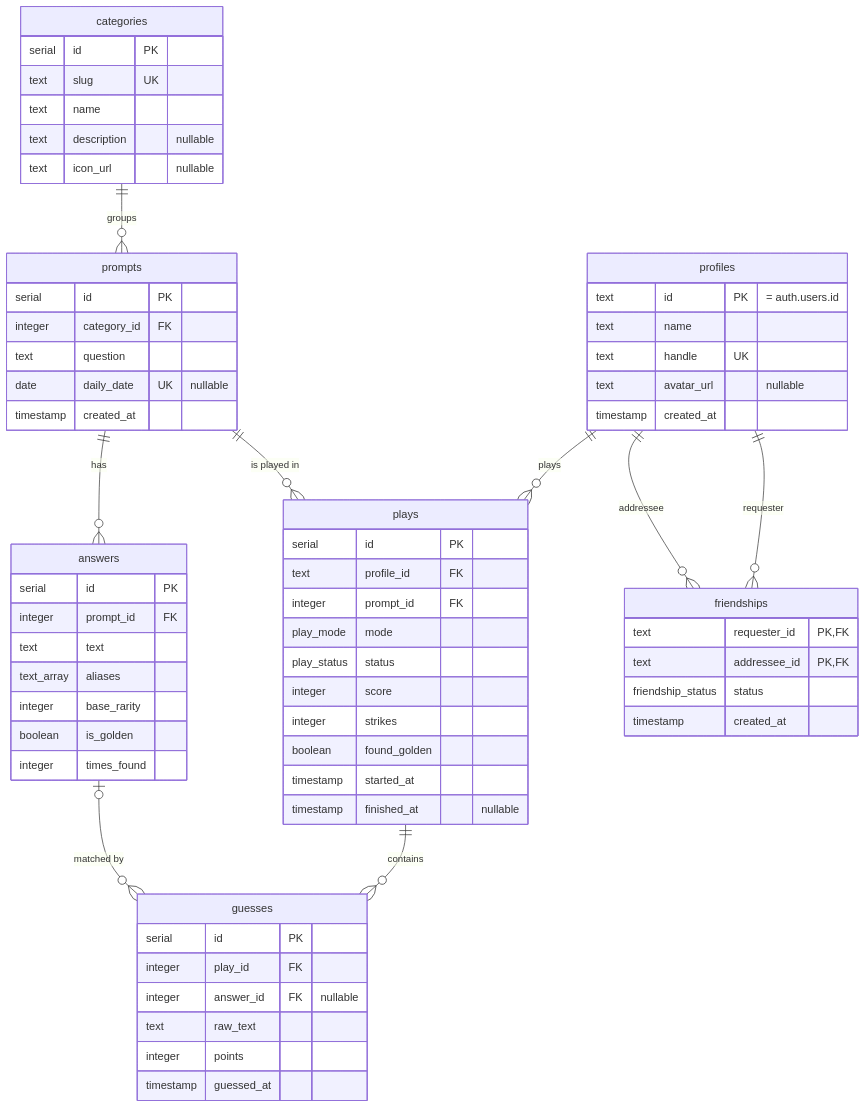
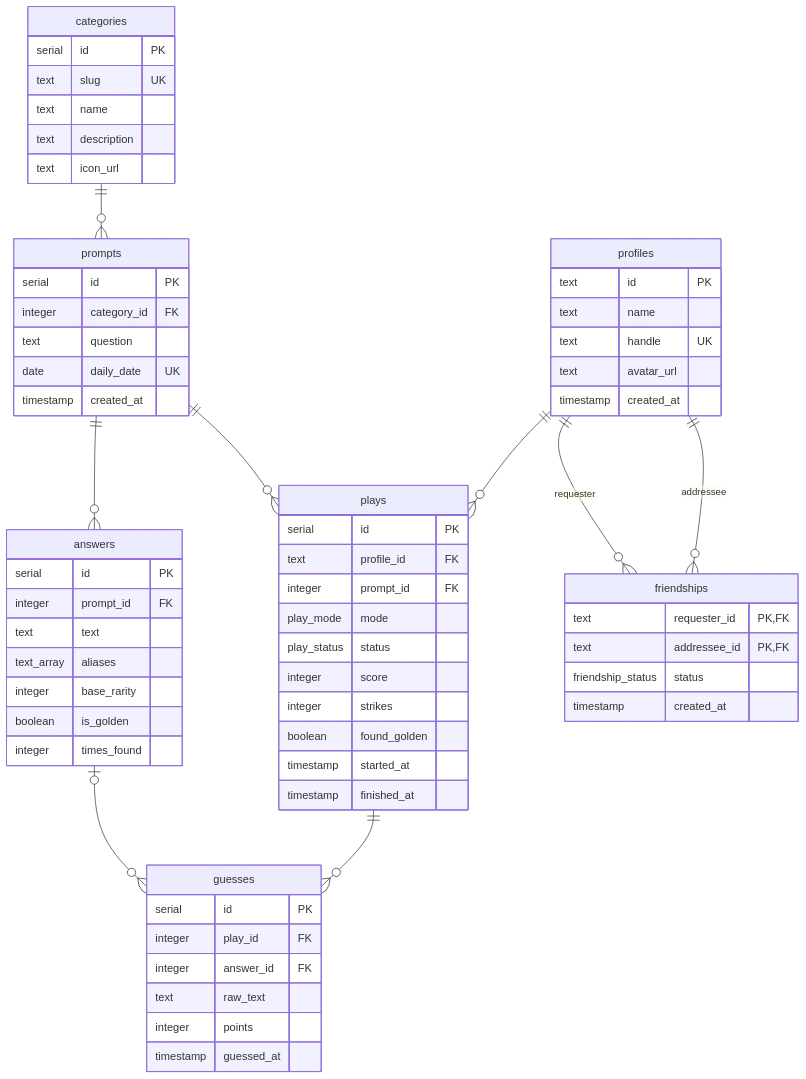
Before and after one commit to maxwellhu9/tarillion: the diagram in docs/SCHEMA_AND_API.md, drawn with Mermaid. The commit also changed other lines of this file and 16 other files, not shown here.

````diff
--- a/docs/SCHEMA_AND_API.md
+++ b/docs/SCHEMA_AND_API.md
@@ -17,68 +11,68 @@
 ```mermaid
 erDiagram
-    profiles ||--o{ plays : "plays"
-    prompts  ||--o{ plays : "is played in"
-    categories ||--o{ prompts : "groups"
-    prompts  ||--o{ answers : "has"
-    plays    ||--o{ guesses : "contains"
-    answers  |o--o{ guesses : "matched by"
+    categories ||--o{ prompts : ""
+    prompts ||--o{ answers : ""
+    prompts ||--o{ plays : ""
+    profiles ||--o{ plays : ""
+    plays ||--o{ guesses : ""
+    answers |o--o{ guesses : ""
     profiles ||--o{ friendships : "requester"
     profiles ||--o{ friendships : "addressee"
 
     profiles {
-        text id PK "= auth.users.id"
+        text id PK
         text name
         text handle UK
-        text avatar_url "nullable"
+        text avatar_url
         timestamp created_at
     }
     categories {
         serial id PK
         text slug UK
         text name
-        text description "nullable"
-        text icon_url "nullable"
+        text description
+        text icon_url
     }
     prompts {
         serial id PK
         integer category_id FK
         text question
-        date daily_date UK "nullable"
+        date daily_date UK
         timestamp created_at
     }
     answers {
         serial id PK
         integer prompt_id FK
         text text
         text_array aliases
         integer base_rarity
         boolean is_golden
         integer times_found
     }
     plays {
         serial id PK
         text profile_id FK
         integer prompt_id FK
         play_mode mode
         play_status status
         integer score
         integer strikes
         boolean found_golden
         timestamp started_at
-        timestamp finished_at "nullable"
+        timestamp finished_at
     }
     guesses {
         serial id PK
         integer play_id FK
-        integer answer_id FK "nullable"
+        integer answer_id FK
         text raw_text
         integer points
         timestamp guessed_at
     }
     friendships {
-        text requester_id PK,FK
-        text addressee_id PK,FK
+        text requester_id PK, FK
+        text addressee_id PK, FK
         friendship_status status
         timestamp created_at
     }
 ```
````
